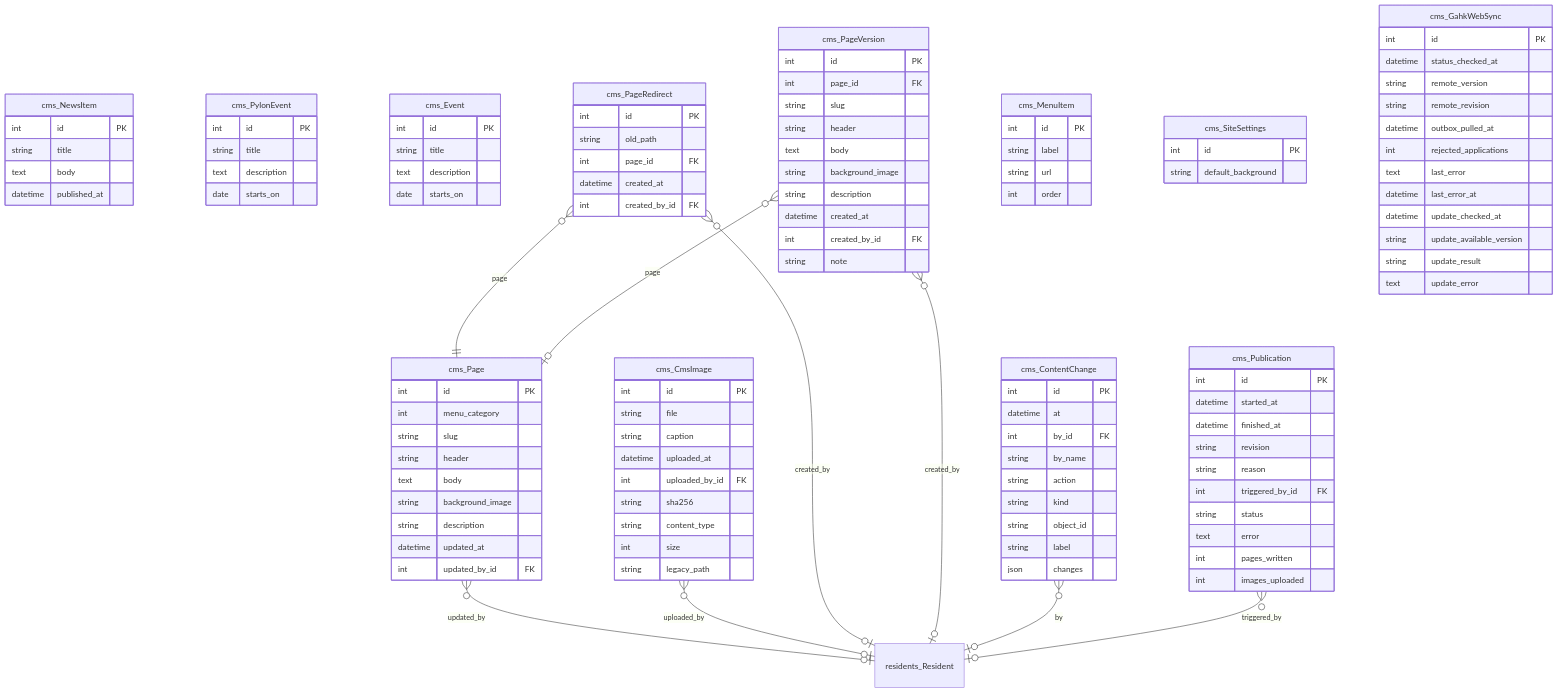
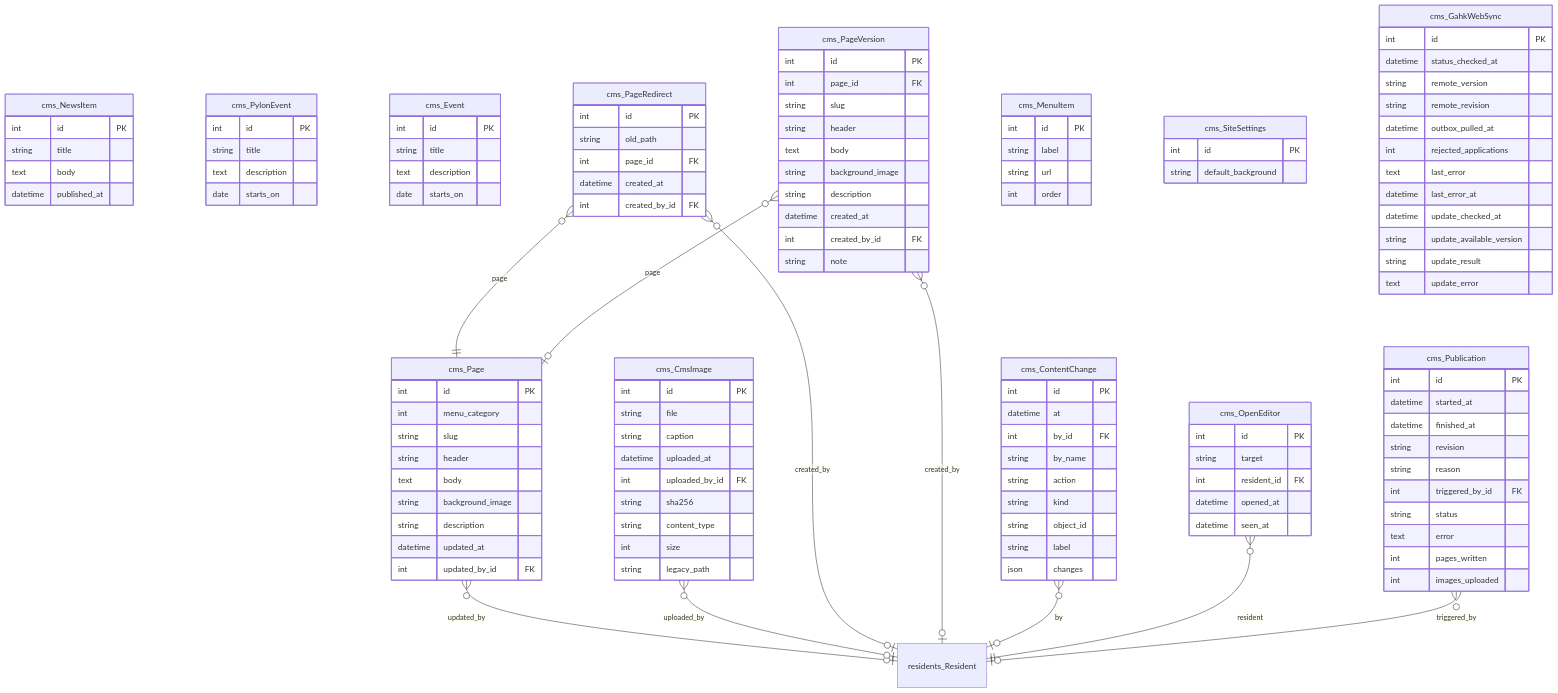
One commit to GAHK-org/gahk_intern changed the fifth of 18 diagrams in docs/erd.md. Above: the diagram before and after it, drawn with Mermaid. The commit also changed other lines of this file and 17 other files, not shown here.

First line of the commit message:
Hjemmeside: stop saves over a newer save everywhere, and show who else has an editor open

````diff
--- a/docs/erd.md
+++ b/docs/erd.md
@@ -1311,6 +1331,14 @@
         json changes
     }
 
+    cms_OpenEditor {
+        int id PK
+        string target
+        int resident_id FK
+        datetime opened_at
+        datetime seen_at
+    }
+
     cms_Publication {
         int id PK
         datetime started_at
@@ -1348,5 +1376,6 @@
     cms_PageVersion }o--|o cms_Page : "page"
     cms_PageVersion }o--|o residents_Resident : "created_by"
     cms_ContentChange }o--|o residents_Resident : "by"
+    cms_OpenEditor }o--|| residents_Resident : "resident"
     cms_Publication }o--|o residents_Resident : "triggered_by"
 ```
````
